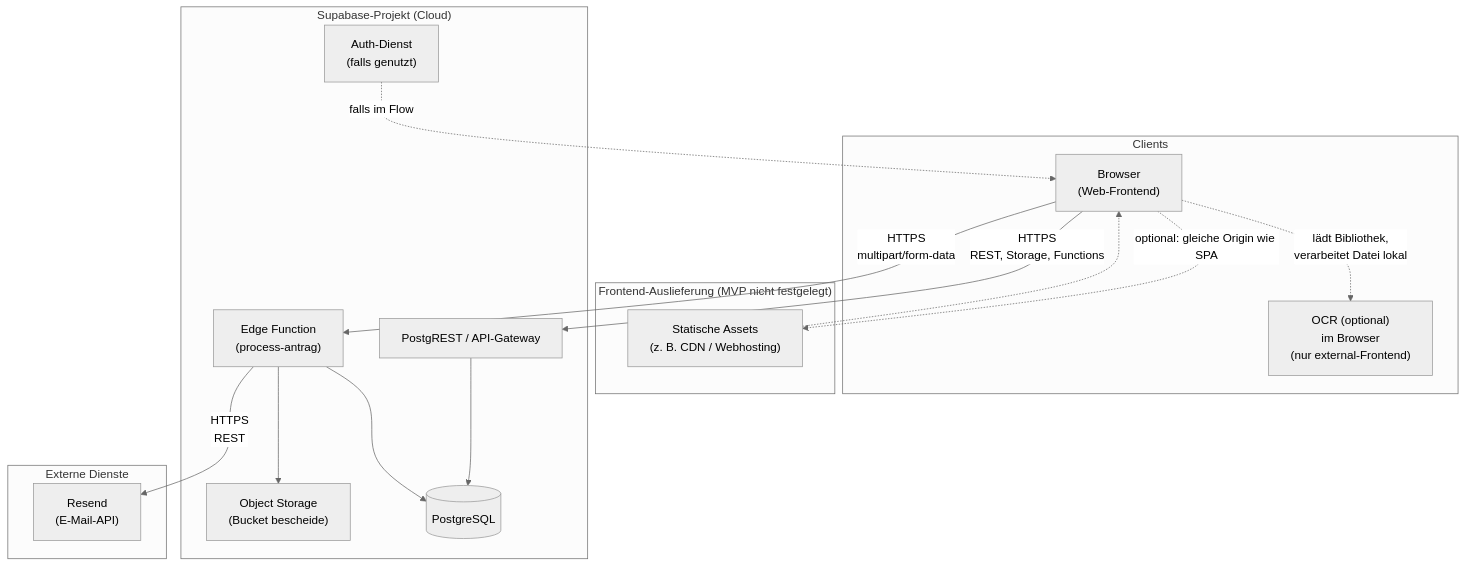
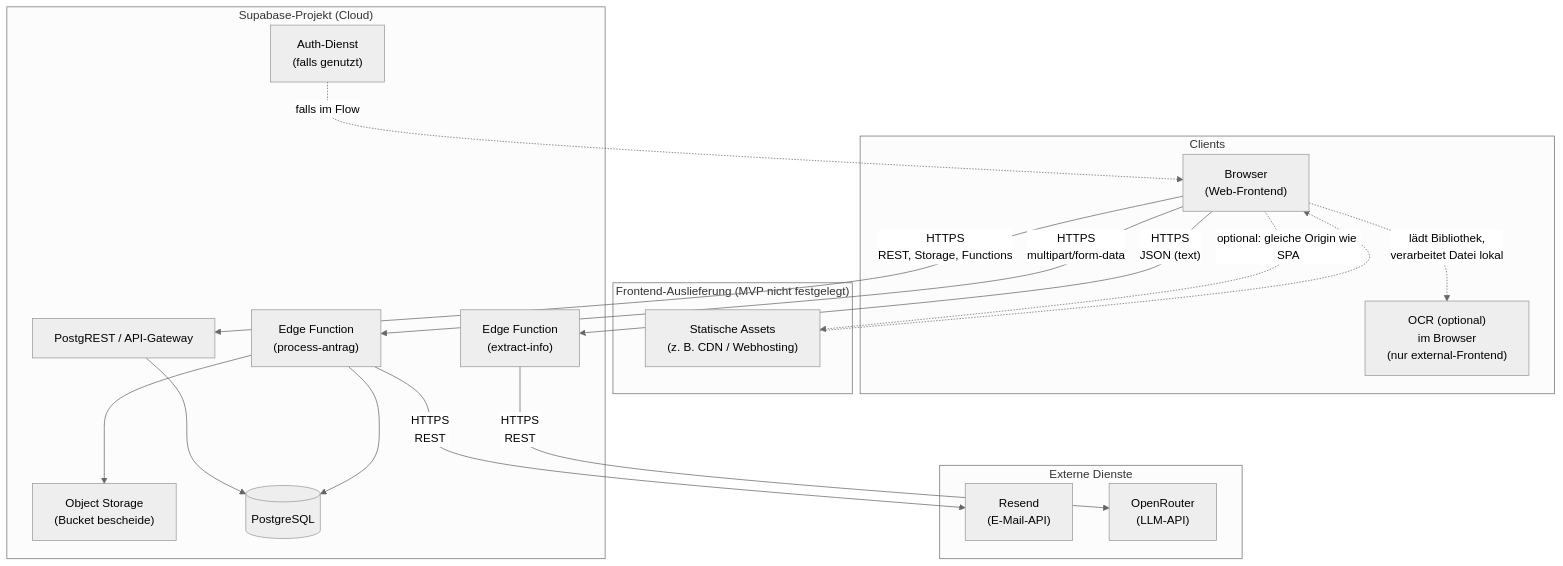
Before and after one commit to jomatotu/pflegeleicht: the diagram in documentation/architecture/verteilungssicht.md, drawn with Mermaid (neutral theme). The commit also changed other lines of this file and 11 other files, not shown here.

First line of the commit message:
Enhance architecture documentation with LLM extraction details

````diff
--- a/documentation/architecture/verteilungssicht.md
+++ b/documentation/architecture/verteilungssicht.md
@@ -16,35 +16,39 @@
 ```mermaid
 flowchart TB
     subgraph clients["Clients"]
         browser["Browser\n(Web-Frontend)"]
         ocr["OCR (optional)\nim Browser\n(nur external-Frontend)"]
     end
 
     browser -.->|"lädt Bibliothek,\nverarbeitet Datei lokal"| ocr
 
     subgraph optional_host["Frontend-Auslieferung (MVP nicht festgelegt)"]
         static["Statische Assets\n(z. B. CDN / Webhosting)"]
     end
 
     subgraph supabase_cloud["Supabase-Projekt (Cloud)"]
         api["PostgREST / API-Gateway"]
         fn["Edge Function\n(process-antrag)"]
+        fn_extract["Edge Function\n(extract-info)"]
         storage["Object Storage\n(Bucket bescheide)"]
         pg[("PostgreSQL")]
         auth["Auth-Dienst\n(falls genutzt)"]
     end
 
     subgraph external["Externe Dienste"]
         resend["Resend\n(E-Mail-API)"]
+        openrouter["OpenRouter\n(LLM-API)"]
     end
 
     browser -->|"HTTPS\nREST, Storage, Functions"| api
     browser -->|"HTTPS\nmultipart/form-data"| fn
+    browser -->|"HTTPS\nJSON (text)"| fn_extract
     browser -.->|"optional: gleiche Origin wie SPA"| static
     static -.-> browser
     api --> pg
     fn --> pg
     fn --> storage
     fn -->|"HTTPS\nREST"| resend
+    fn_extract -->|"HTTPS\nREST"| openrouter
     auth -.->|"falls im Flow"| browser
 ```
````
